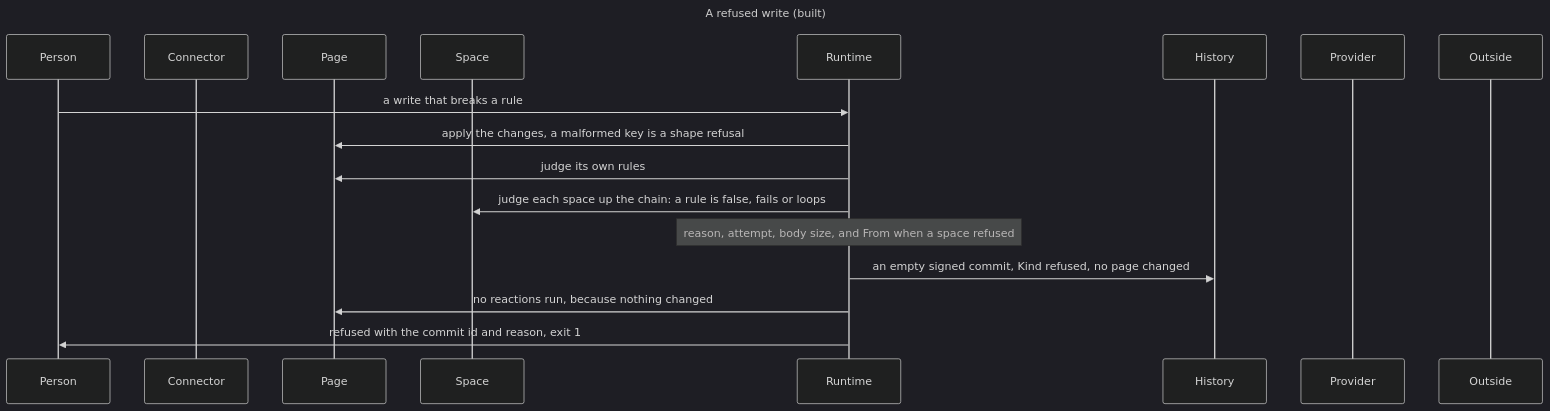
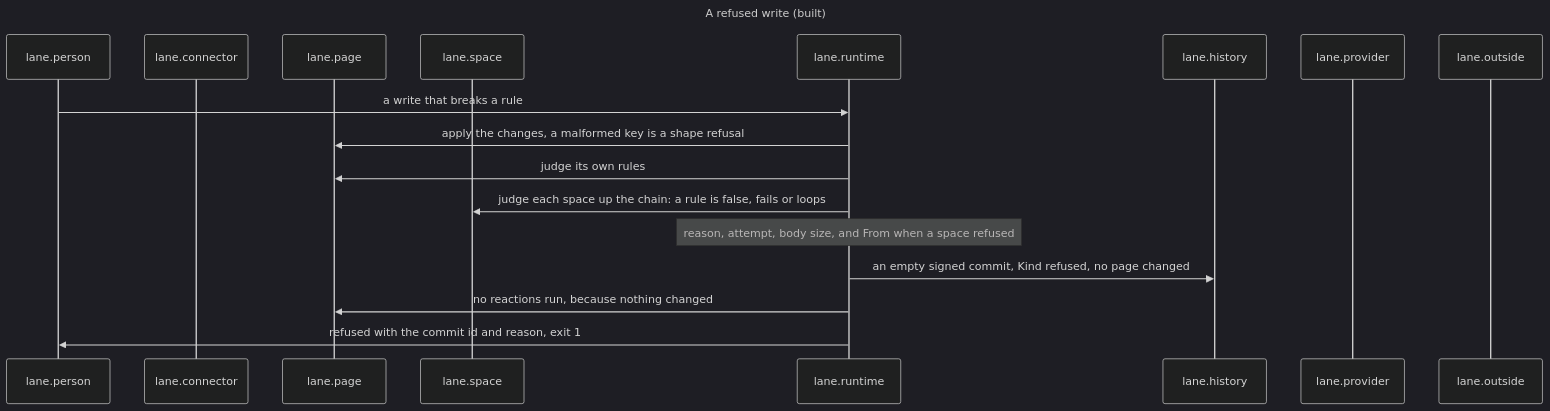
One commit to drksci/conky changed the third of 29 diagrams in docs/reference/architecture.md. Above: the diagram before and after it, drawn with Mermaid (dark theme). The commit also changed other lines of this file and 84 other files, not shown here.

First line of the commit message:
refactor: give every part of the architecture a dotted name

````diff
--- a/docs/reference/architecture.md
+++ b/docs/reference/architecture.md
@@ -304,22 +310,22 @@
 ```mermaid
 ---
 title: A refused write (built)
 ---
 sequenceDiagram
-    participant Person
-    participant Connector
-    participant Page
-    participant Space
-    participant Runtime
-    participant History
-    participant Provider
-    participant Outside
-    Person->>Runtime: a write that breaks a rule
-    Runtime->>Page: apply the changes, a malformed key is a shape refusal
-    Runtime->>Page: judge its own rules
-    Runtime->>Space: judge each space up the chain: a rule is false, fails or loops
-    Note over Runtime: reason, attempt, body size, and From when a space refused
-    Runtime->>History: an empty signed commit, Kind refused, no page changed
-    Runtime->>Page: no reactions run, because nothing changed
-    Runtime->>Person: refused with the commit id and reason, exit 1
+    participant lane.person
+    participant lane.connector
+    participant lane.page
+    participant lane.space
+    participant lane.runtime
+    participant lane.history
+    participant lane.provider
+    participant lane.outside
+    lane.person->>lane.runtime: a write that breaks a rule
+    lane.runtime->>lane.page: apply the changes, a malformed key is a shape refusal
+    lane.runtime->>lane.page: judge its own rules
+    lane.runtime->>lane.space: judge each space up the chain: a rule is false, fails or loops
+    Note over lane.runtime: reason, attempt, body size, and From when a space refused
+    lane.runtime->>lane.history: an empty signed commit, Kind refused, no page changed
+    lane.runtime->>lane.page: no reactions run, because nothing changed
+    lane.runtime->>lane.person: refused with the commit id and reason, exit 1
 ```
````
